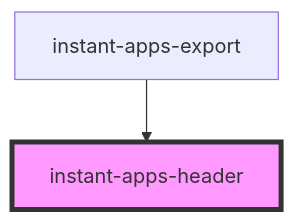
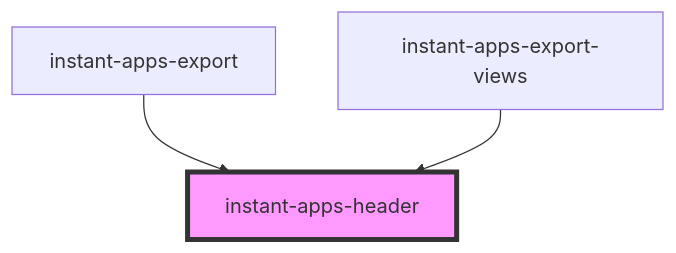
Before and after one commit to Esri/instant-apps-components: the diagram in packages/instant-apps-components/src/components/instant-apps-header/readme.md, drawn with Mermaid. The commit also changed other lines of this file and 2 other files, not shown here.

Commit message:
feat: add export for multiple views so the app doesn't handle it

````diff
--- a/packages/instant-apps-components/src/components/instant-apps-header/readme.md
+++ b/packages/instant-apps-components/src/components/instant-apps-header/readme.md
@@ -97,5 +98,6 @@
 ```mermaid
 graph TD;
   instant-apps-export --> instant-apps-header
+  instant-apps-export-views --> instant-apps-header
   style instant-apps-header fill:#f9f,stroke:#333,stroke-width:4px
 ```
````
